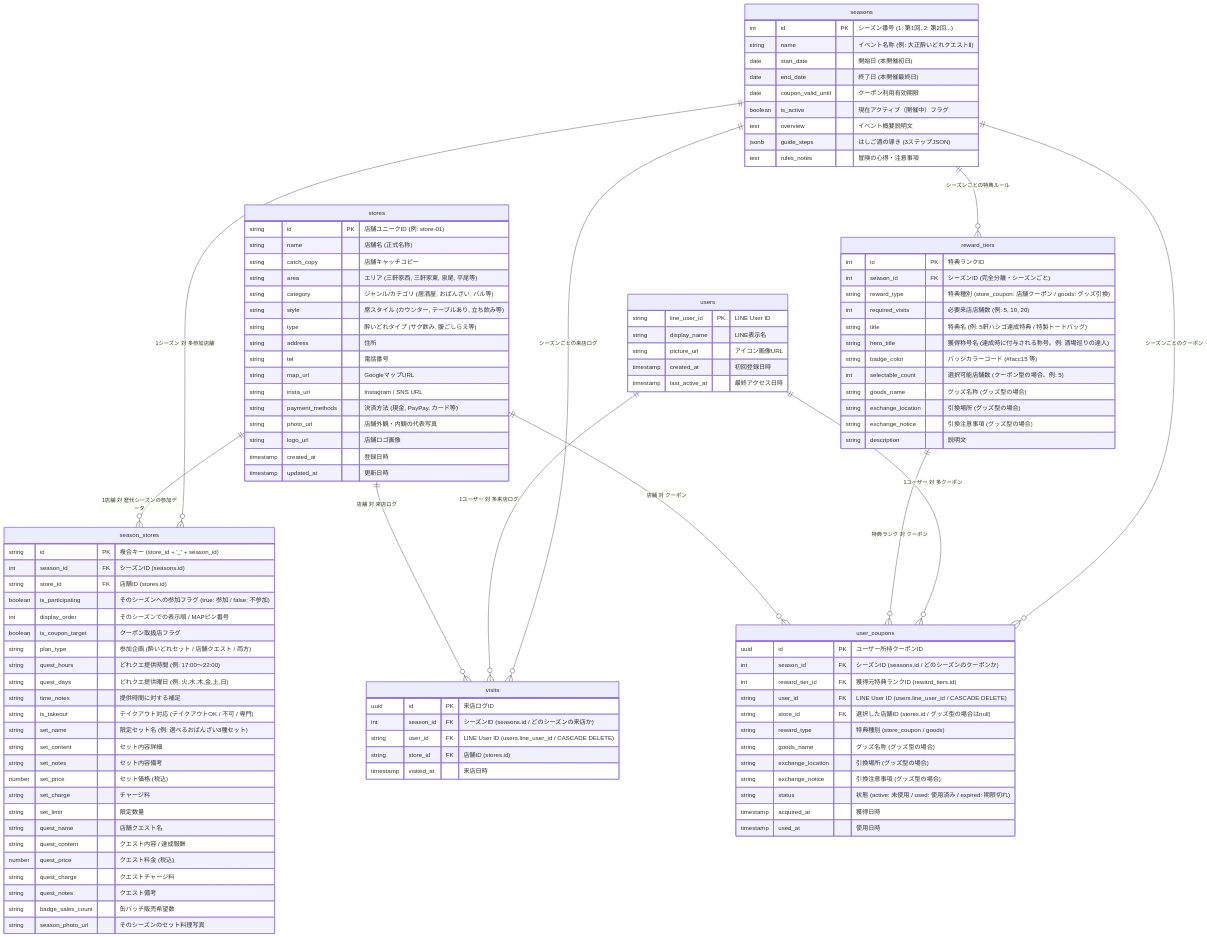
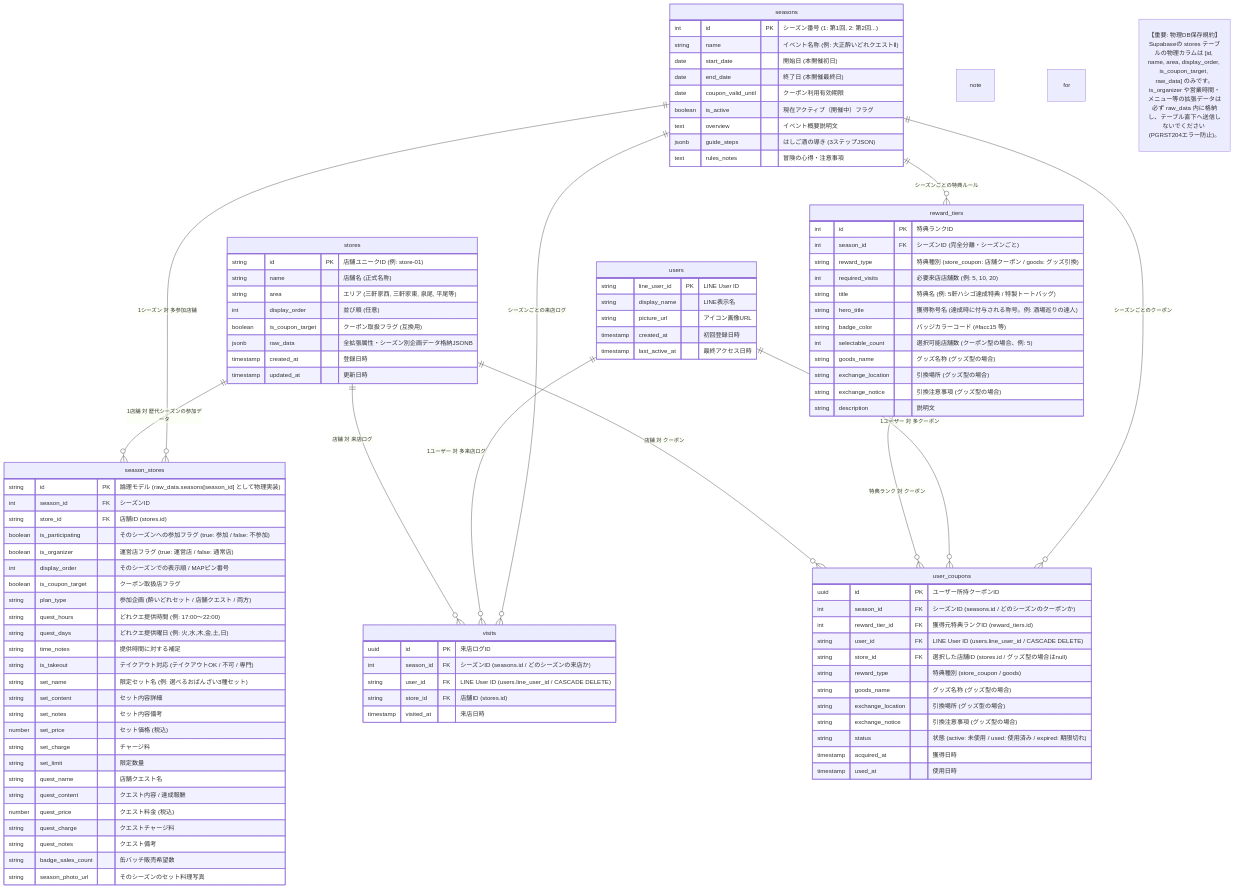
One commit to taishoyoidore-ui/yoidore-quest2 changed the third of 5 diagrams in SPECIFICATION.md. Above: the diagram before and after it, drawn with Mermaid. The commit also changed other lines of this file and 4 other files, not shown here.

```diff
--- a/SPECIFICATION.md
+++ b/SPECIFICATION.md
@@ -152,27 +152,20 @@
     stores {
         string id PK "店舗ユニークID (例: store-01)"
         string name "店舗名 (正式名称)"
-        string catch_copy "店舗キャッチコピー"
         string area "エリア (三軒家西, 三軒家東, 泉尾, 平尾等)"
-        string category "ジャンル/カテゴリ (居酒屋, おばんざい, バル等)"
-        string style "席スタイル (カウンター, テーブルあり, 立ち飲み等)"
-        string type "酔いどれタイプ (サク飲み, 腹ごしらえ等)"
-        string address "住所"
-        string tel "電話番号"
-        string map_url "GoogleマップURL"
-        string insta_url "Instagram / SNS URL"
-        string payment_methods "決済方法 (現金, PayPay, カード等)"
-        string photo_url "店舗外観・内観の代表写真"
-        string logo_url "店舗ロゴ画像"
+        int display_order "並び順 (任意)"
+        boolean is_coupon_target "クーポン取扱フラグ (互換用)"
+        jsonb raw_data "全拡張属性・シーズン別企画データ格納JSONB"
         timestamp created_at "登録日時"
         timestamp updated_at "更新日時"
     }
 
     season_stores {
-        string id PK "複合キー (store_id + '_' + season_id)"
-        int season_id FK "シーズンID (seasons.id)"
+        string id PK "論理モデル (raw_data.seasons[season_id] として物理実装)"
+        int season_id FK "シーズンID"
         string store_id FK "店舗ID (stores.id)"
         boolean is_participating "そのシーズンへの参加フラグ (true: 参加 / false: 不参加)"
+        boolean is_organizer "運営店フラグ (true: 運営店 / false: 通常店)"
         int display_order "そのシーズンでの表示順 / MAPピン番号"
         boolean is_coupon_target "クーポン取扱店フラグ"
         string plan_type "参加企画 (酔いどれセット / 店舗クエスト / 両方)"
@@ -194,6 +187,9 @@
         string badge_sales_count "缶バッチ販売希望数"
         string season_photo_url "そのシーズンのセット料理写真"
     }
+
+    note for stores "【重要: 物理DB保存規約】<br/>Supabaseの stores テーブルの物理カラムは [id, name, area, display_order, is_coupon_target, raw_data] のみです。<br/>is_organizer や営業時間・メニュー等の拡張データは必ず raw_data 内に格納し、テーブル直下へ送信しないでください (PGRST204エラー防止)。"
+
 
     reward_tiers {
         int id PK "特典ランクID"
```
